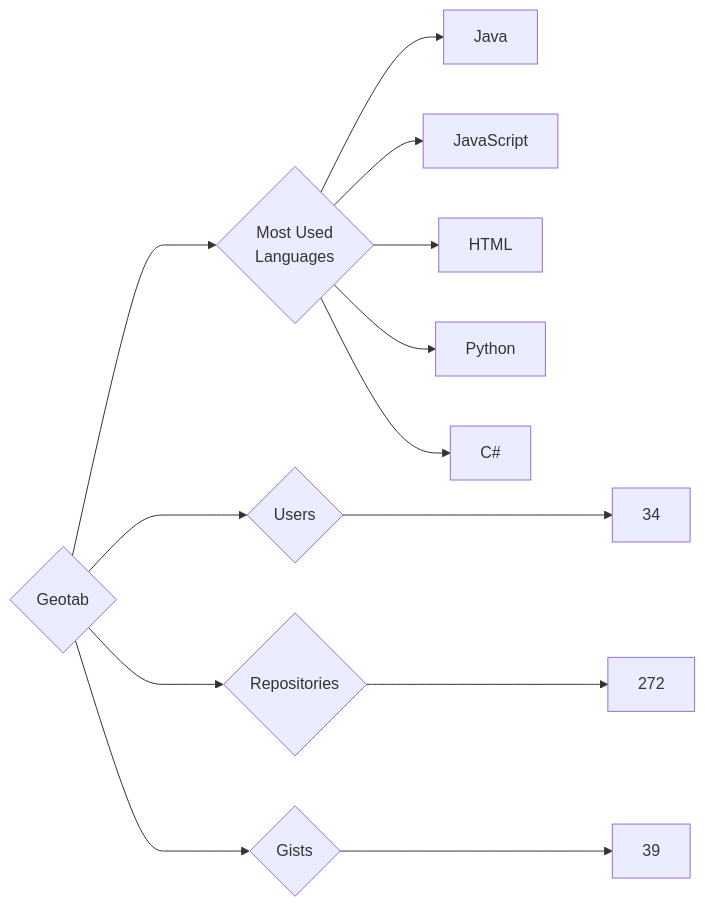
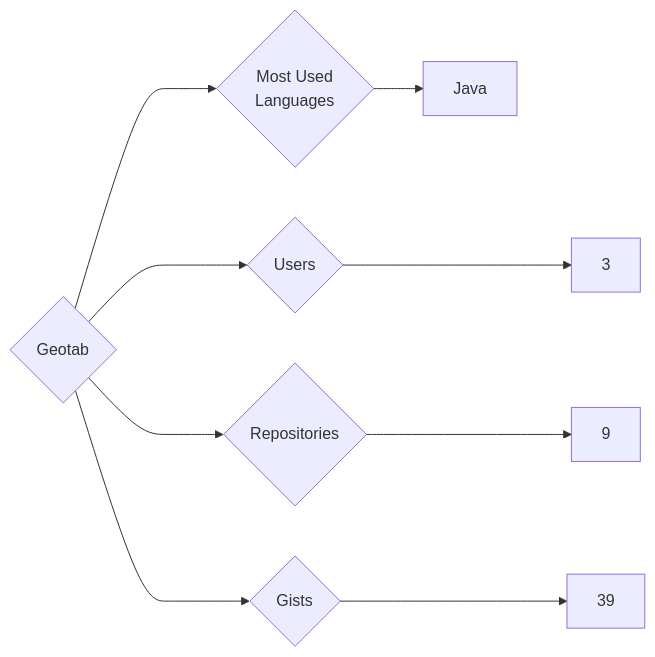
The diagram in targets/Geotab/README.md (trickest/insiders), drawn with Mermaid before and after one commit. The commit also changed 847 other files, not shown here.

````diff
--- a/targets/Geotab/README.md
+++ b/targets/Geotab/README.md
@@ -3,13 +3,9 @@
 ```mermaid
 graph LR
 COMPANY_NAME{Geotab}
-COMPANY_NAME ---> U{Users} ---> UN[34]
-COMPANY_NAME ---> R{Repositories} ---> RN[272]
+COMPANY_NAME ---> U{Users} ---> UN[3]
+COMPANY_NAME ---> R{Repositories} ---> RN[9]
 COMPANY_NAME ---> G{Gists} ---> GN[39]
 COMPANY_NAME ---> ML{Most Used<br>Languages}
 ML --> Java[Java]
-ML --> JavaScript[JavaScript]
-ML --> HTML[HTML]
-ML --> Python[Python]
-ML --> C#[C#]
 ```
````
